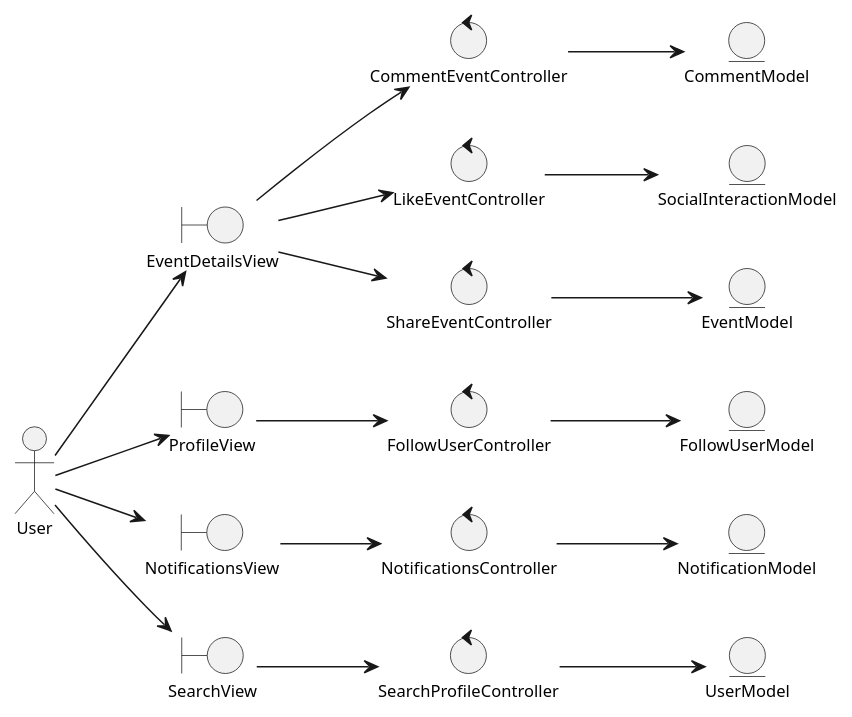
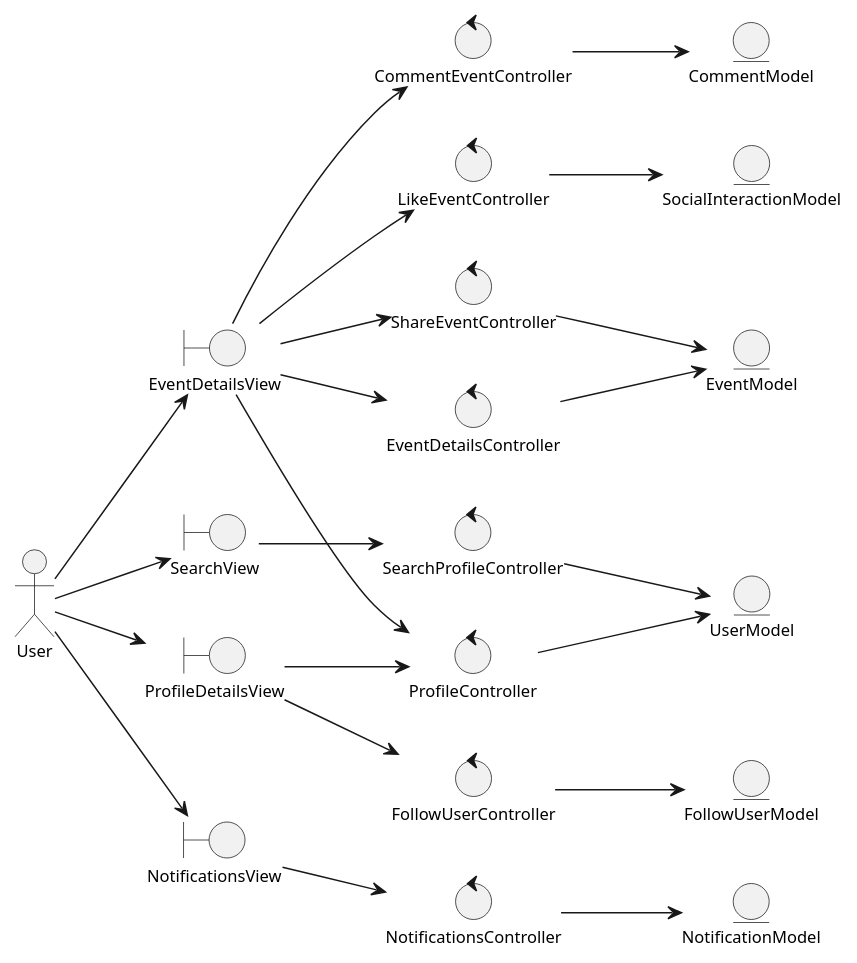
One commit to valeraruggierotesisucv/tesis-frameworks-mobile-diagrams changed the diagram in Análisis/Clases de Análisis/analysisClassDiagramSocialInteractions.plantuml. Above: the diagram before and after it, drawn with PlantUML. The commit also changed 7 other files, not shown here.

Commit message:
Refactor authentication and event management diagrams: rename views and controllers, update user interactions, and enhance class structure. Added new boundaries and controllers for improved user flow.

```diff
--- a/Análisis/Clases de Análisis/analysisClassDiagramSocialInteractions.plantuml
+++ b/Análisis/Clases de Análisis/analysisClassDiagramSocialInteractions.plantuml
@@ -1,47 +1,55 @@
 @startuml analysisClassDiagramSocialInteractions
 skinparam style strictuml
 left to right direction
 skinparam defaultTextAlignment center
 skinparam defaultFontSize 11
 
 actor "User" as user
 
 entity "UserModel" as userModel
 entity "EventModel" as eventModel
 entity "SocialInteractionModel" as socialInteractionModel
 entity "CommentModel" as commentModel
 entity "FollowUserModel" as followUserModel
 entity "NotificationModel" as notificationModel
 
 boundary "EventDetailsView" as eventDetailsView
-boundary "ProfileView" as profileView
+boundary "ProfileDetailsView" as profileDetailsView
 boundary "NotificationsView" as notificationsView
 boundary "SearchView" as searchView
 
 control "CommentEventController" as commentEventController
 control "LikeEventController" as likeEventController
 control "ShareEventController" as shareEventController
 control "FollowUserController" as followUserController
 control "NotificationsController" as notificationsController
 control "SearchProfileController" as searchProfileController
+control "EventDetailsController" as eventDetailsController
+control "ProfileController" as profileController
 
 user --> eventDetailsView
-user --> profileView
+user --> profileDetailsView
 user --> notificationsView
 user --> searchView
 
+eventDetailsView --> eventDetailsController
 eventDetailsView --> commentEventController
 eventDetailsView --> likeEventController
 eventDetailsView --> shareEventController
-profileView --> followUserController
+eventDetailsView --> profileController
+profileDetailsView --> followUserController
 notificationsView --> notificationsController
 searchView --> searchProfileController
+profileDetailsView --> profileController
 
+
+profileController --> userModel
+eventDetailsController --> eventModel
 commentEventController --> commentModel
 likeEventController --> socialInteractionModel
 shareEventController --> eventModel
 followUserController --> followUserModel
 notificationsController --> notificationModel
 searchProfileController --> userModel
 
 @enduml
```
